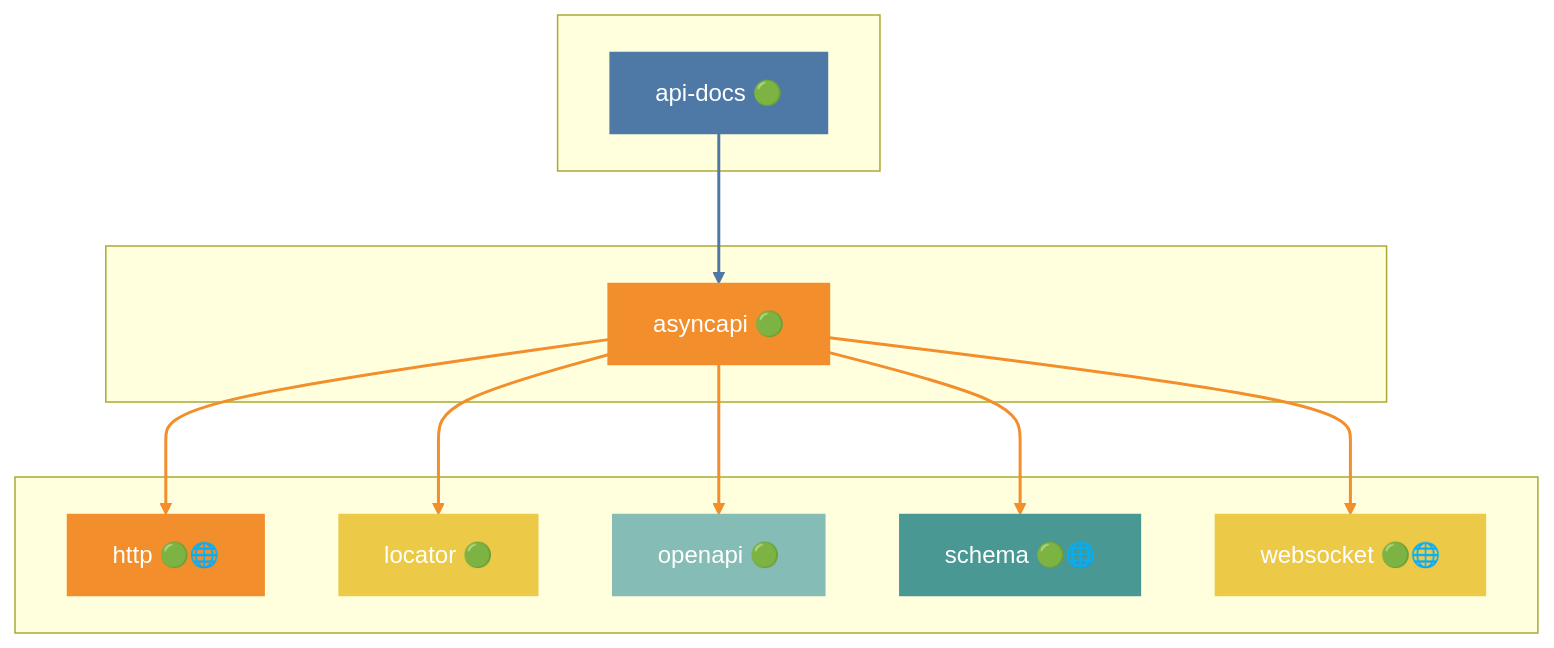
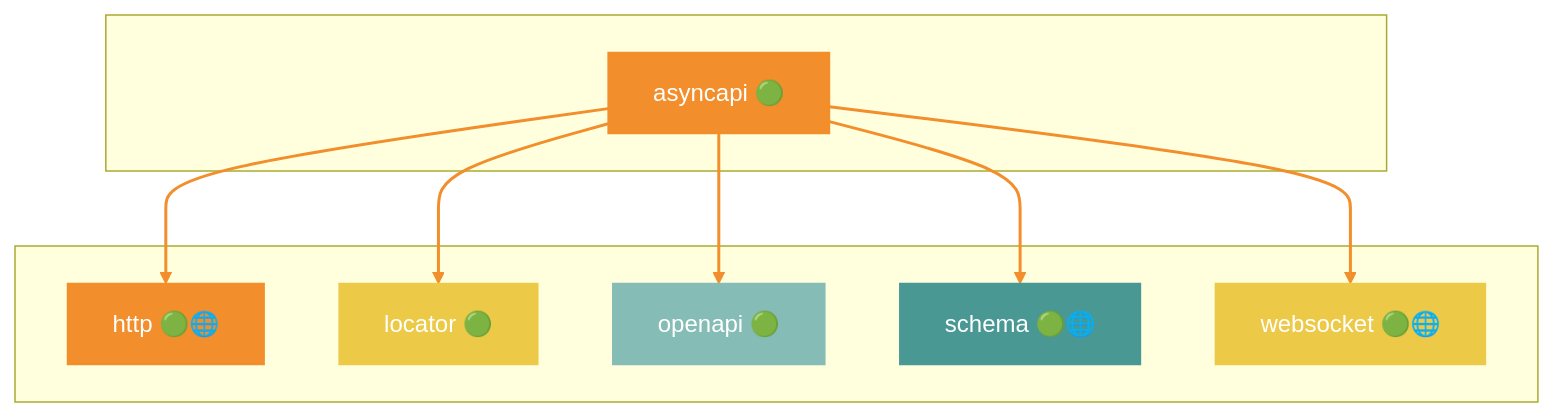
The third of 43 diagrams in docs/DEPENDENCIES.md (grest-ts/grest-ts), drawn with Mermaid before and after one commit. The commit also changed other lines of this file and 52 other files, not shown here.

````diff
--- a/docs/DEPENDENCIES.md
+++ b/docs/DEPENDENCIES.md
@@ -425,35 +419,29 @@
 ```mermaid
 flowchart TB
-    subgraph Dependents[" "]
-        api-docs["api-docs 🟢"]
-    end
     subgraph Package[" "]
         asyncapi["asyncapi 🟢"]
     end
     subgraph Dependencies[" "]
         http["http 🟢🌐"]
         locator["locator 🟢"]
         openapi["openapi 🟢"]
         schema["schema 🟢🌐"]
         websocket["websocket 🟢🌐"]
     end
-    api-docs --> asyncapi
     asyncapi --> http
     asyncapi --> locator
     asyncapi --> openapi
     asyncapi --> schema
     asyncapi --> websocket
     style asyncapi fill:#F28E2B,stroke:#F28E2B,color:#fff
-    style api-docs fill:#4E79A7,stroke:#4E79A7,color:#fff
     style http fill:#F28E2B,stroke:#F28E2B,color:#fff
     style locator fill:#EDC948,stroke:#EDC948,color:#fff
     style openapi fill:#86BCB6,stroke:#86BCB6,color:#fff
     style schema fill:#499894,stroke:#499894,color:#fff
     style websocket fill:#EDC948,stroke:#EDC948,color:#fff
-    linkStyle 0 stroke:#4E79A7,stroke-width:2px
+    linkStyle 0 stroke:#F28E2B,stroke-width:2px
     linkStyle 1 stroke:#F28E2B,stroke-width:2px
     linkStyle 2 stroke:#F28E2B,stroke-width:2px
     linkStyle 3 stroke:#F28E2B,stroke-width:2px
     linkStyle 4 stroke:#F28E2B,stroke-width:2px
-    linkStyle 5 stroke:#F28E2B,stroke-width:2px
 ```
````
